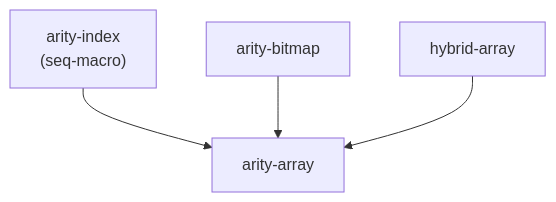
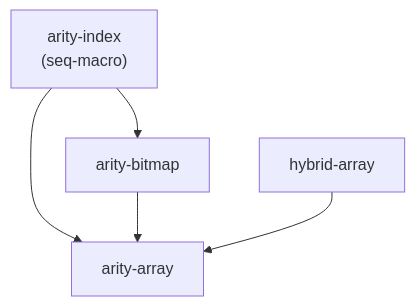
One commit to demosdemon/arity-arrays changed the diagram in docs/superpowers/specs/2026-06-26-arity-arrays-design.md. Above: the diagram before and after it, drawn with Mermaid. The commit also changed other lines of this file, not shown here.

First line of the commit message:
docs: revise arity-arrays spec with range iterators and typed bitmap

````diff
--- a/docs/superpowers/specs/2026-06-26-arity-arrays-design.md
+++ b/docs/superpowers/specs/2026-06-26-arity-arrays-design.md
@@ -102,10 +104,11 @@
 ```mermaid
 graph TD
     arity_index["arity-index<br/>(seq-macro)"]
     arity_bitmap["arity-bitmap"]
     hybrid["hybrid-array"]
     arity_array["arity-array"]
+    arity_index --> arity_bitmap
     arity_index --> arity_array
     arity_bitmap --> arity_array
     hybrid --> arity_array
 ```
````
